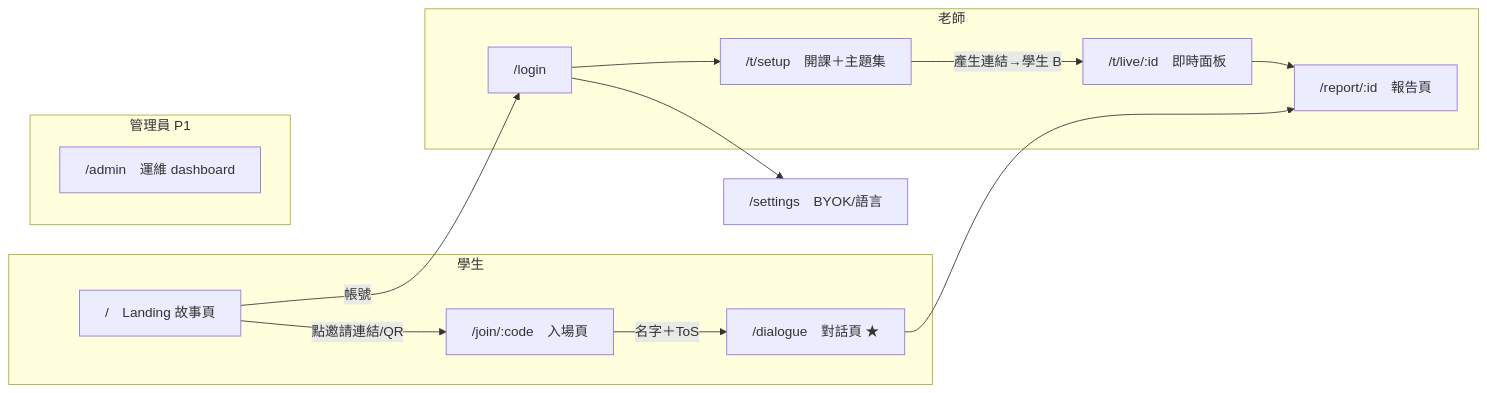
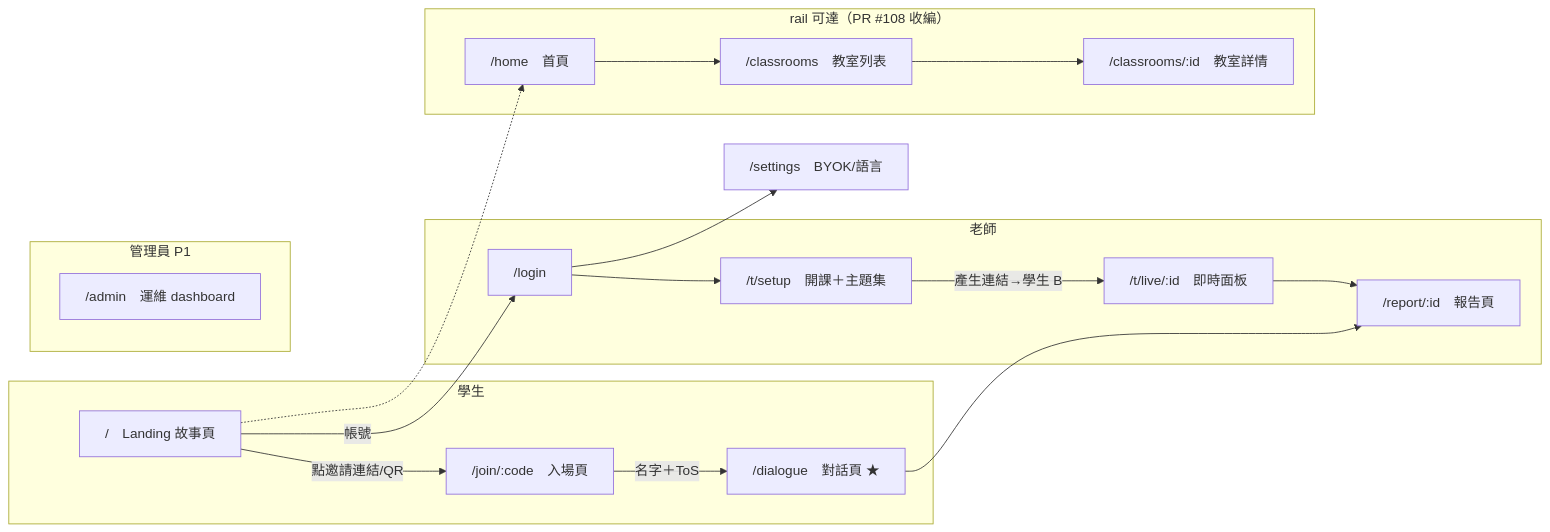
Before and after one commit to ntnu-swe-2026-team4/socrates-classroom: the diagram in docs/frontend.md, drawn with Mermaid. The commit also changed other lines of this file, not shown here.

````diff
--- a/docs/frontend.md
+++ b/docs/frontend.md
@@ -15,18 +15,23 @@
 ```mermaid
 flowchart LR
     subgraph student[學生]
         A["/　Landing 故事頁"] -->|"點邀請連結/QR"| B["/join/:code　入場頁"]
         B -->|"名字＋ToS"| D["/dialogue　對話頁 ★"]
     end
     subgraph teacher[老師]
         A -->|帳號| C["/login"]
         C --> E["/t/setup　開課＋主題集"]
         E -->|"產生連結→學生 B"| F["/t/live/:id　即時面板"]
         F --> G["/report/:id　報告頁"]
     end
     D --> G
     C --> H["/settings　BYOK/語言"]
+    subgraph rail[rail 可達（PR #108 收編）]
+        J["/home　首頁"] --> K["/classrooms　教室列表"]
+        K --> L["/classrooms/:id　教室詳情"]
+    end
+    A -.-> J
     subgraph admin[管理員 P1]
         I["/admin　運維 dashboard"]
     end
 ```
````
